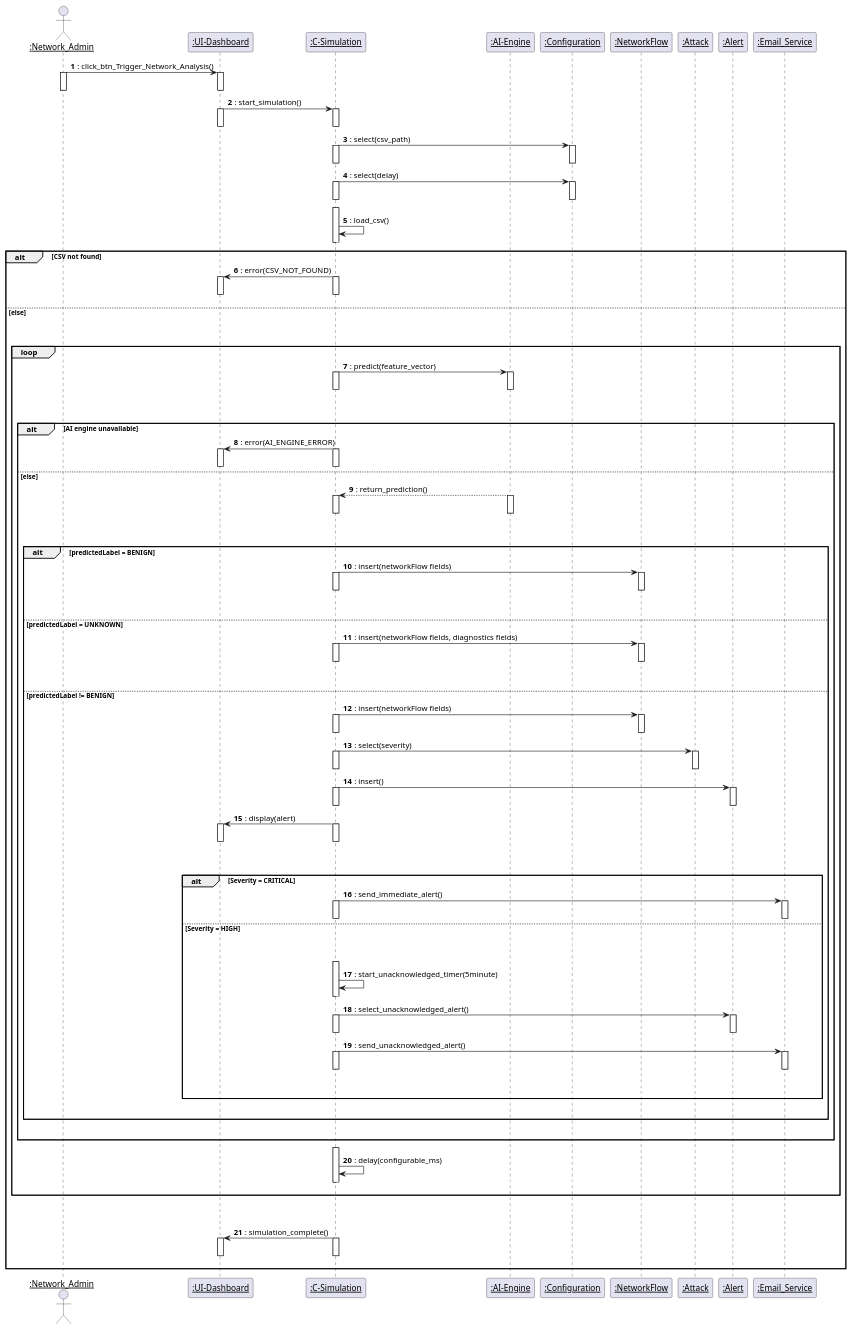
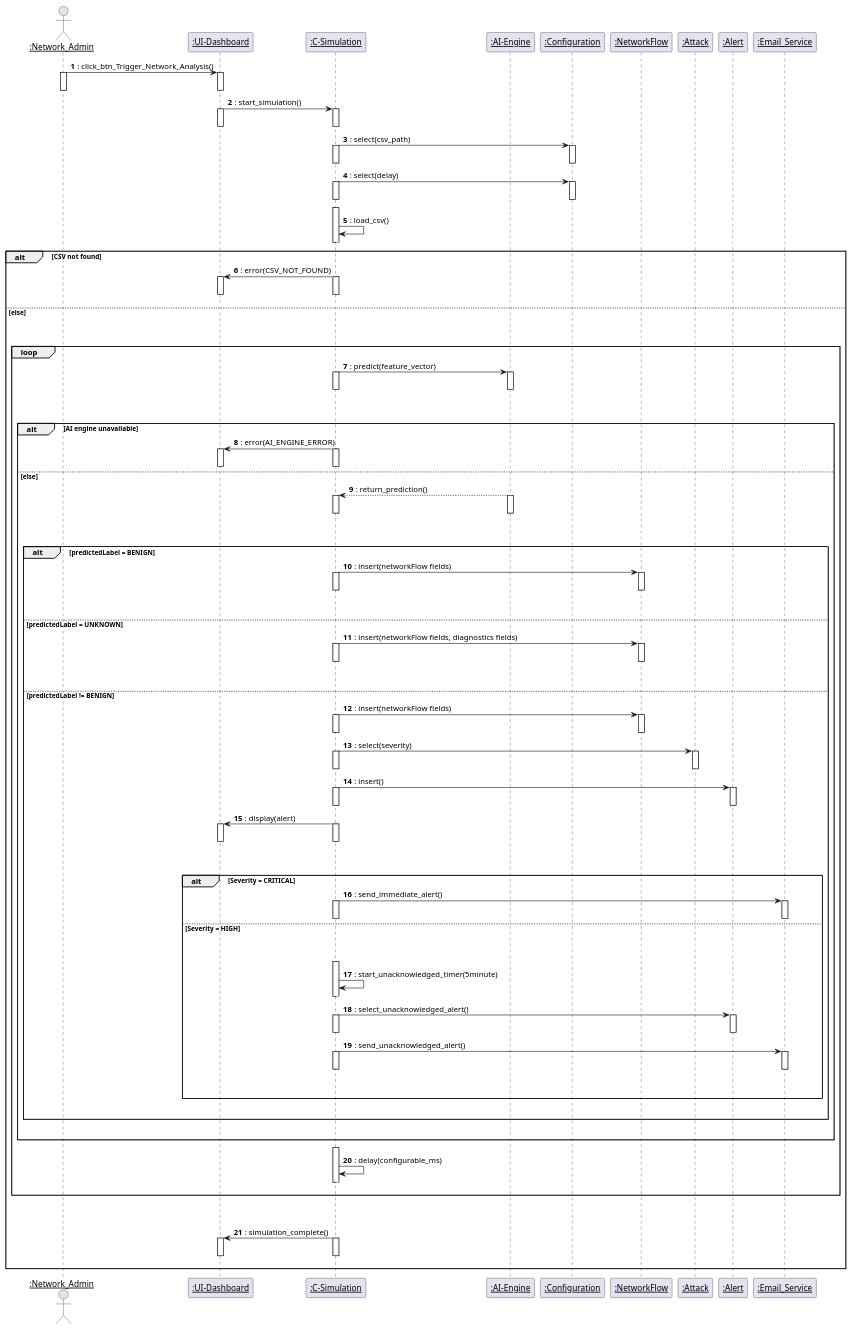
One commit to Amira-BOUAFIF/pfe-nids-report changed the diagram in diagrams/code/SeqD_trigger_network_analysis.puml. Above: the diagram before and after it, drawn with PlantUML. The commit also changed 17 other files, not shown here.

```diff
--- a/diagrams/code/SeqD_trigger_network_analysis.puml
+++ b/diagrams/code/SeqD_trigger_network_analysis.puml
@@ -3,7 +3,7 @@
 hide circle
 
 skinparam sequenceParticipant underline
-
+skinparam SequenceGroupBorderThickness 1.1
 
 
 actor ":Network_Admin" as Admin
```
